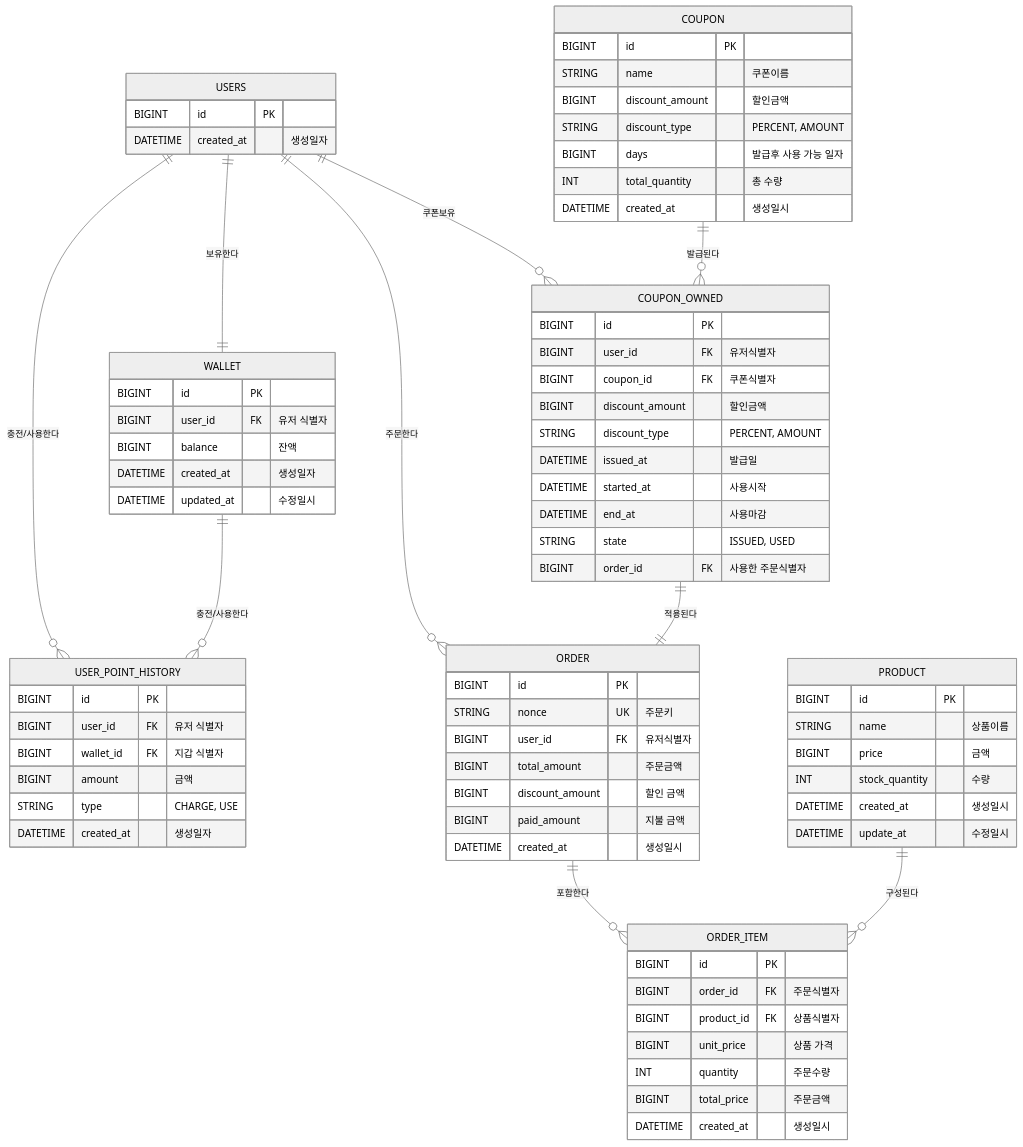
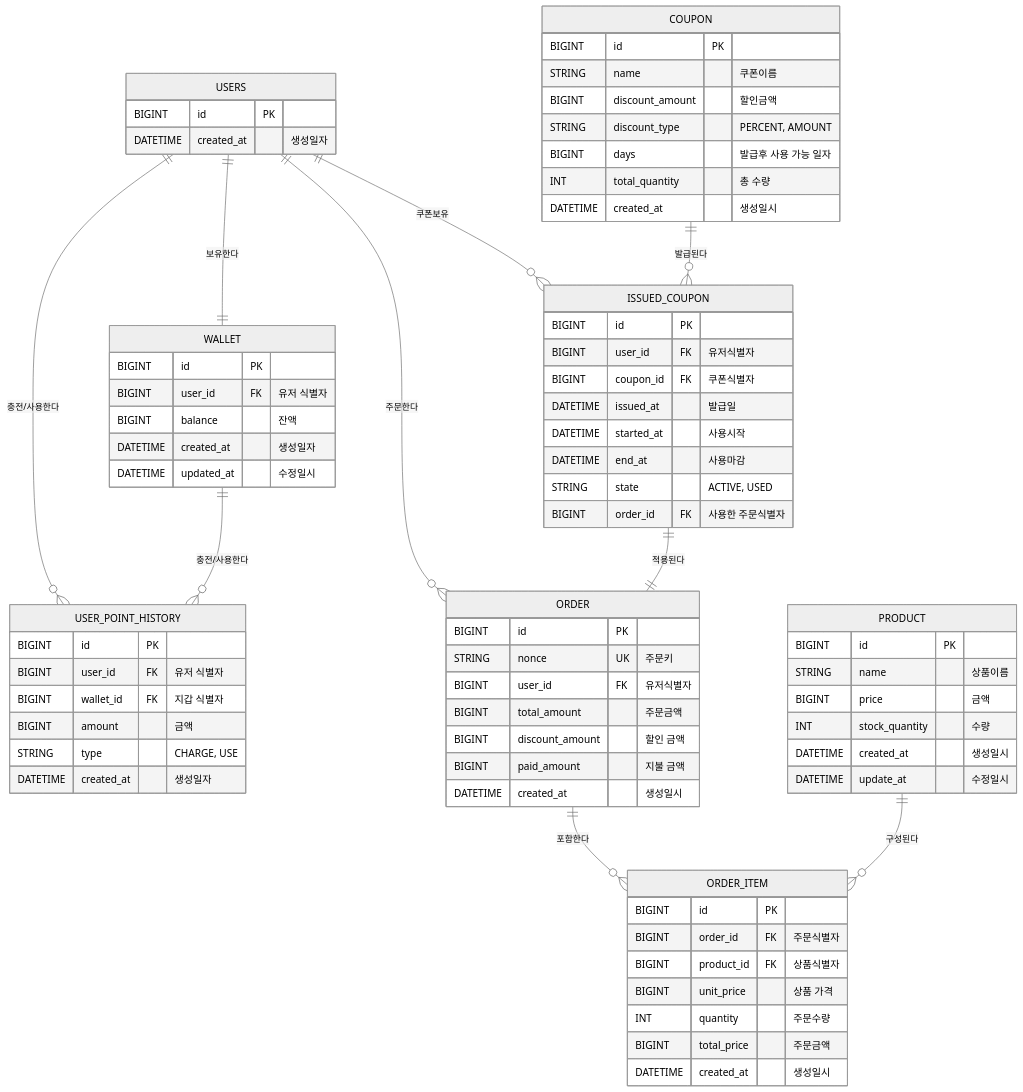
One commit to HyunJng/e-commerce changed the diagram in docs/erd-diagram.md. Above: the diagram before and after it, drawn with Mermaid (neutral theme). The commit also changed 9 other files, not shown here.

````diff
--- a/docs/erd-diagram.md
+++ b/docs/erd-diagram.md
@@ -61,16 +61,14 @@
         DATETIME created_at "생성일시"
     }
 
-    COUPON_OWNED {
+    ISSUED_COUPON {
         BIGINT id PK
         BIGINT user_id FK "유저식별자"
         BIGINT coupon_id FK "쿠폰식별자"
-        BIGINT discount_amount "할인금액"
-        STRING discount_type "PERCENT, AMOUNT"
         DATETIME issued_at "발급일"
         DATETIME started_at "사용시작"
         DATETIME end_at "사용마감"
-        STRING state "ISSUED, USED"
+        STRING state "ACTIVE, USED"
         BIGINT order_id FK "사용한 주문식별자"
     }
 
@@ -79,11 +77,11 @@
     USERS ||--o{ ORDER : "주문한다"
     USERS ||--o{ USER_POINT_HISTORY : "충전/사용한다"
     WALLET ||--o{ USER_POINT_HISTORY : "충전/사용한다"
-    USERS ||--o{ COUPON_OWNED : "쿠폰보유"
+    USERS ||--o{ ISSUED_COUPON : "쿠폰보유"
 
     ORDER ||--o{ ORDER_ITEM : "포함한다"
     PRODUCT ||--o{ ORDER_ITEM : "구성된다"
 
-    COUPON ||--o{ COUPON_OWNED : "발급된다"
-    COUPON_OWNED ||--|| ORDER : "적용된다"
+    COUPON ||--o{ ISSUED_COUPON : "발급된다"
+    ISSUED_COUPON ||--|| ORDER : "적용된다"
 ```
````
